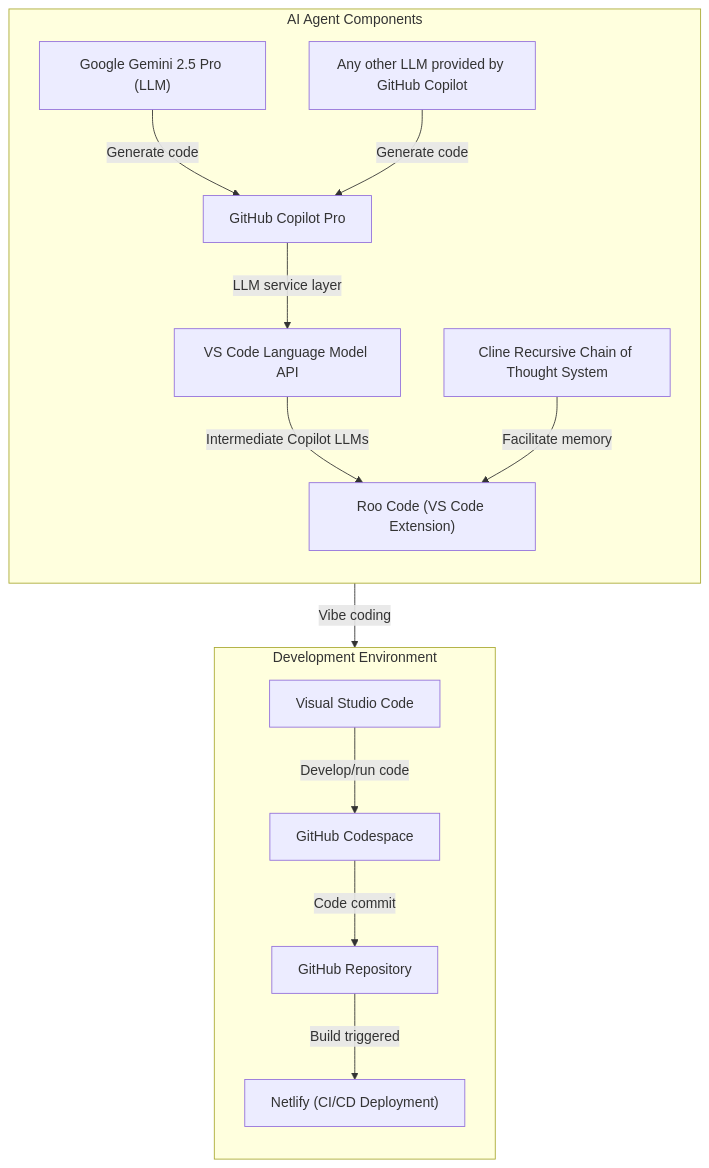
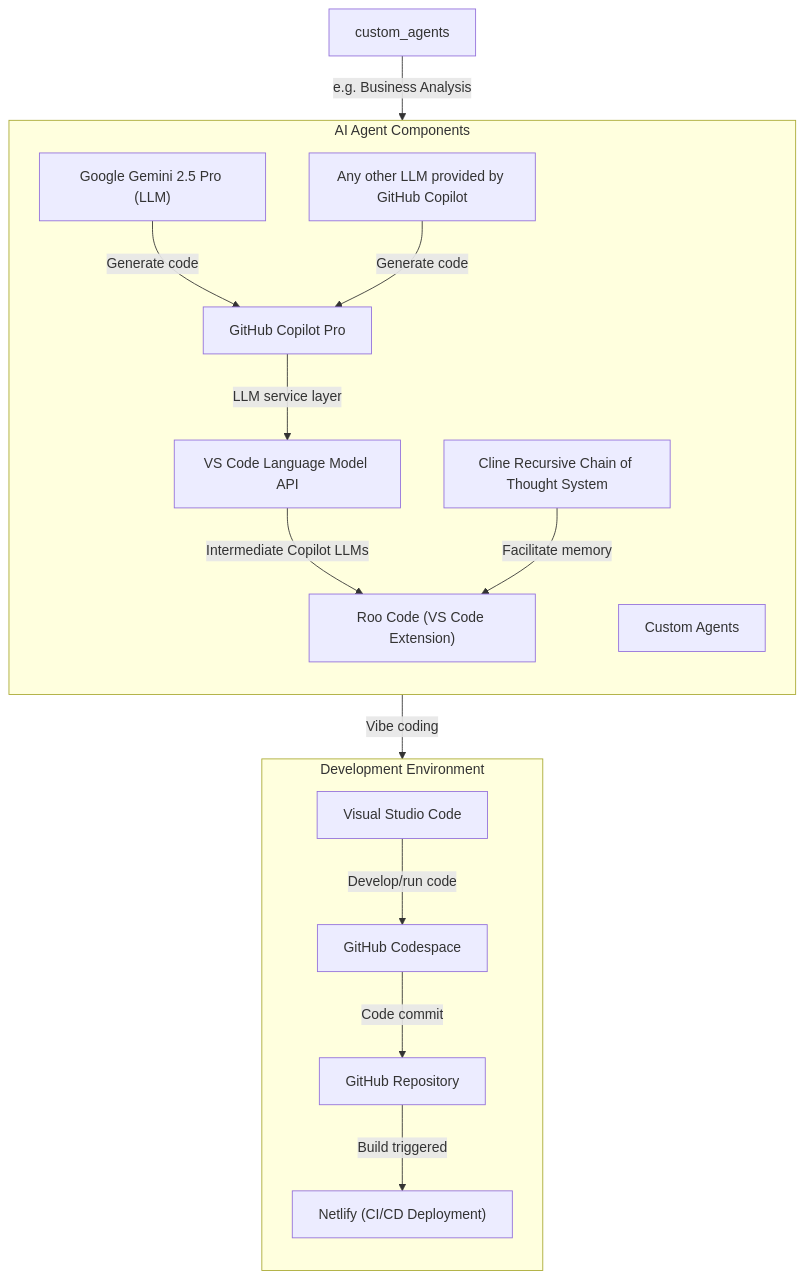
The diagram in README.md (RickRinewalt/pipeline), drawn with Mermaid before and after one commit.

````diff
--- a/README.md
+++ b/README.md
@@ -16,32 +16,34 @@
 ```mermaid
 graph TB
     subgraph AI [AI Agent Components]
         direction TB
         roo["Roo Code (VS Code Extension)"]
+        roo_agents["Custom Agents"]
         crct["Cline Recursive Chain of Thought System"]
         vscode_lmapi[VS Code Language Model API]
         github_copilot[GitHub Copilot Pro]
         llm["Google Gemini 2.5 Pro (LLM)"]
         other_model["Any other LLM provided by GitHub Copilot"]
     end
 
     subgraph DEV [Development Environment]
         direction TB
         vscode[Visual Studio Code]
         codespace[GitHub Codespace]
         github["GitHub Repository"]
         netlify["Netlify (CI/CD Deployment)"]
     end
 
     llm --> |Generate code| github_copilot
     other_model --> |Generate code| github_copilot
     github_copilot --> |LLM service layer| vscode_lmapi
     vscode_lmapi --> |Intermediate Copilot LLMs| roo
     crct --> |Facilitate memory| roo
+    custom_agents --> |e.g. Business Analysis| roo
     roo --> |Vibe coding| codespace
 
     vscode --> |Develop/run code| codespace
     codespace --> |Code commit| github
     github --> |Build triggered| netlify
 
 ```
````
